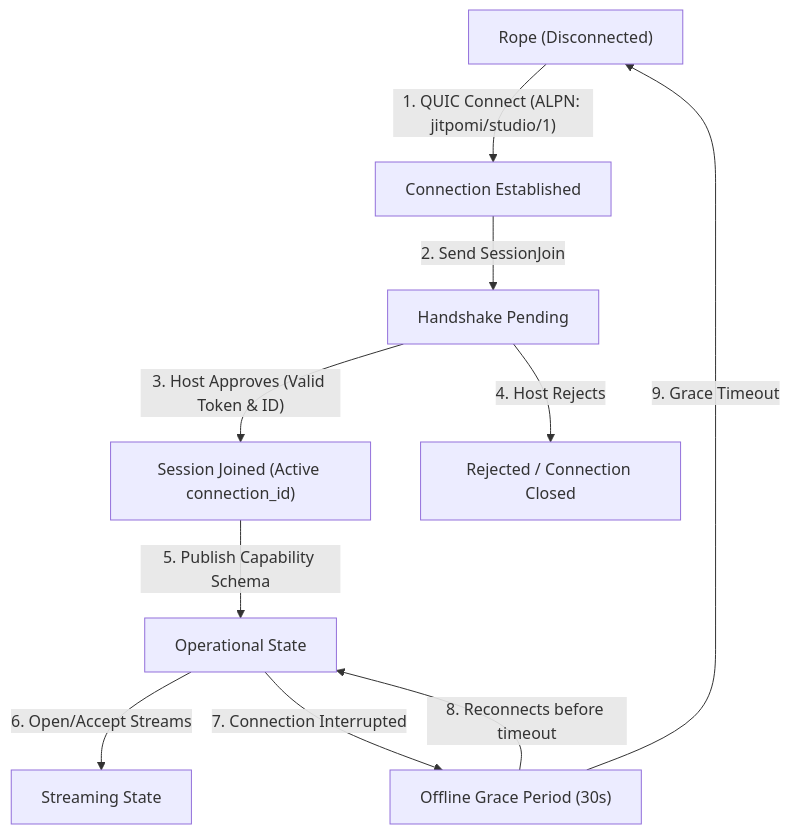
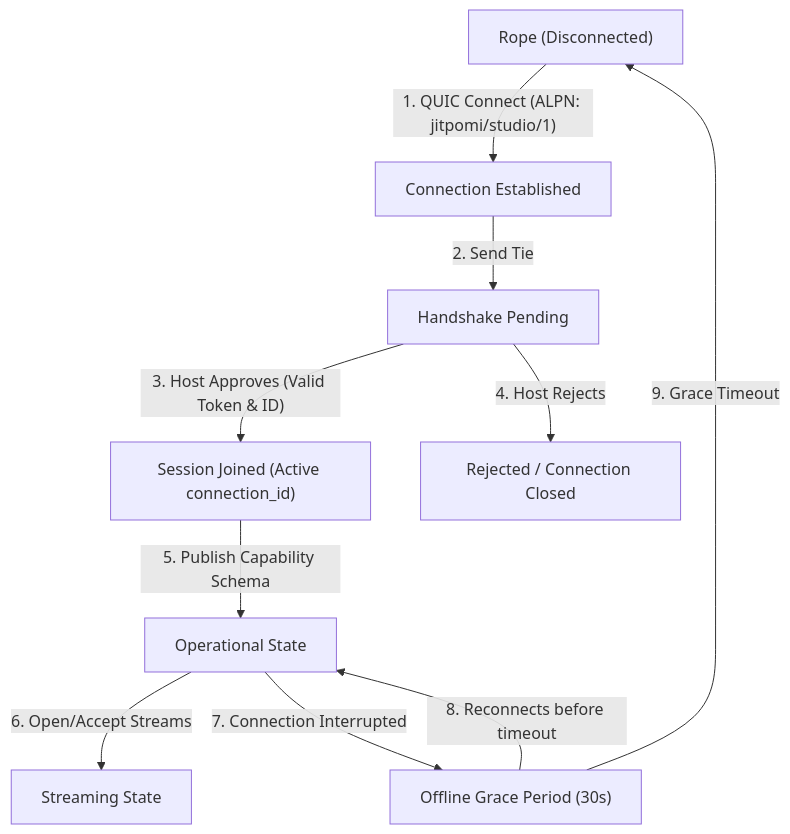
One commit to Jitpomi/knot-protocol changed the diagram in docs/SPEC.md. Above: the diagram before and after it, drawn with Mermaid. The commit also changed other lines of this file and 9 other files, not shown here.

Commit message:
Rename SessionJoin wire command to Tie in core code, tests, and specification docs

````diff
--- a/docs/SPEC.md
+++ b/docs/SPEC.md
@@ -60,12 +60,12 @@
 ```mermaid
 graph TD
     A["Rope (Disconnected)"] -->|"1. QUIC Connect (ALPN: jitpomi/studio/1)"| B["Connection Established"]
-    B -->|"2. Send SessionJoin"| C["Handshake Pending"]
+    B -->|"2. Send Tie"| C["Handshake Pending"]
     C -->|"3. Host Approves (Valid Token & ID)"| D["Session Joined (Active connection_id)"]
     C -->|"4. Host Rejects"| E["Rejected / Connection Closed"]
     D -->|"5. Publish Capability Schema"| F["Operational State"]
     F -->|"6. Open/Accept Streams"| G["Streaming State"]
     F -->|"7. Connection Interrupted"| H["Offline Grace Period (30s)"]
     H -->|"8. Reconnects before timeout"| F
     H -->|"9. Grace Timeout"| A
 ```
````
